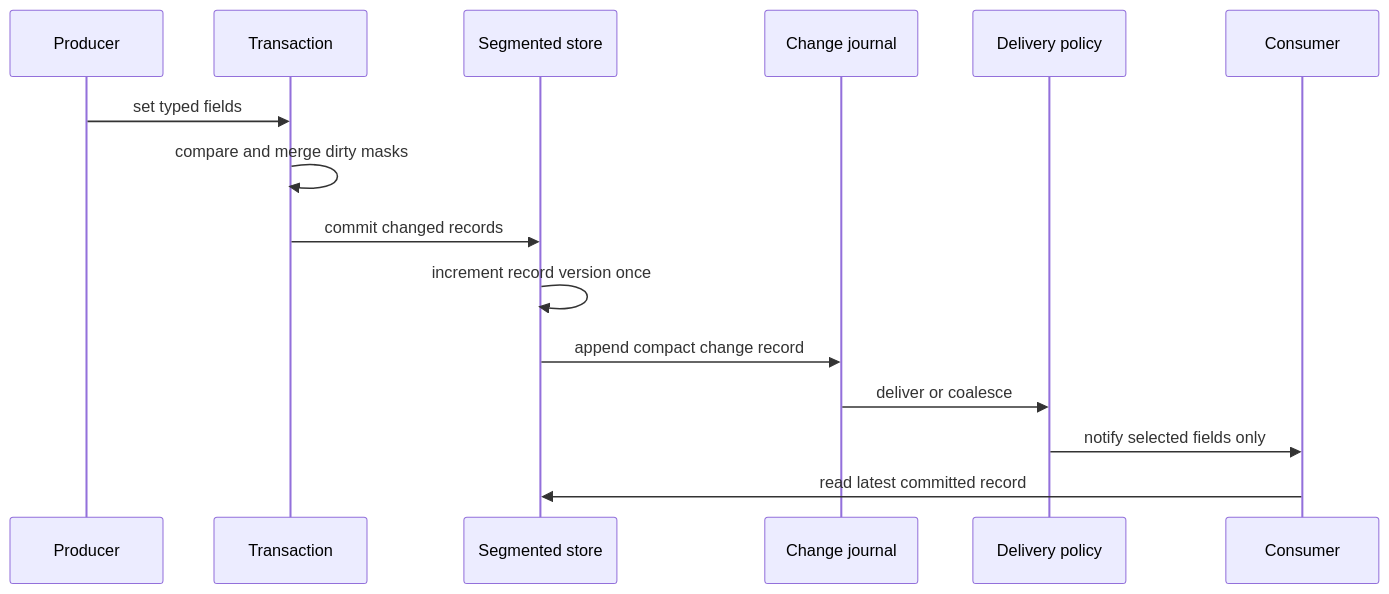
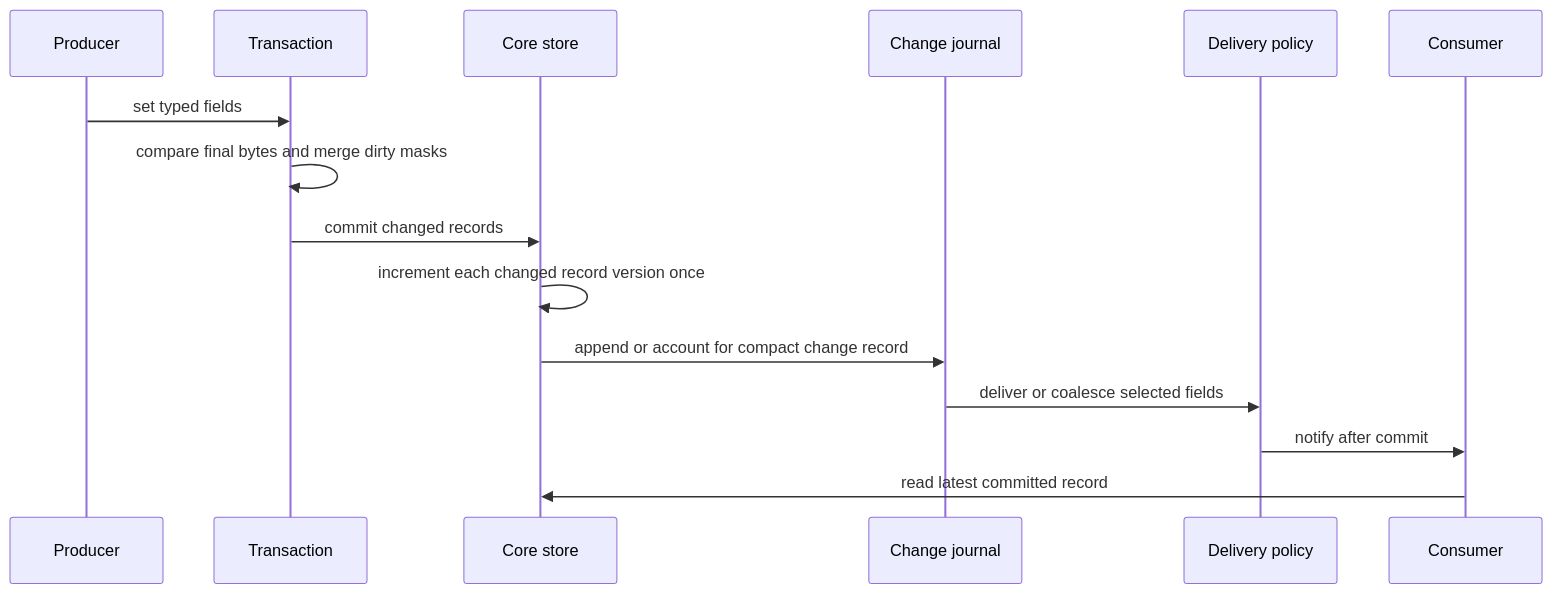
Before and after one commit to JohannesHupp/pulse_slab: the third of 4 diagrams in docs/architecture.md, drawn with Mermaid. The commit also changed other lines of this file and 192 other files, not shown here.

````diff
--- a/docs/architecture.md
+++ b/docs/architecture.md
@@ -24,18 +42,18 @@
 ```mermaid
 sequenceDiagram
   participant P as Producer
   participant T as Transaction
-  participant S as Segmented store
+  participant S as Core store
   participant J as Change journal
   participant D as Delivery policy
   participant C as Consumer
 
   P->>T: set typed fields
-  T->>T: compare and merge dirty masks
+  T->>T: compare final bytes and merge dirty masks
   T->>S: commit changed records
-  S->>S: increment record version once
-  S->>J: append compact change record
-  J->>D: deliver or coalesce
-  D->>C: notify selected fields only
+  S->>S: increment each changed record version once
+  S->>J: append or account for compact change record
+  J->>D: deliver or coalesce selected fields
+  D->>C: notify after commit
   C->>S: read latest committed record
 ```
````
